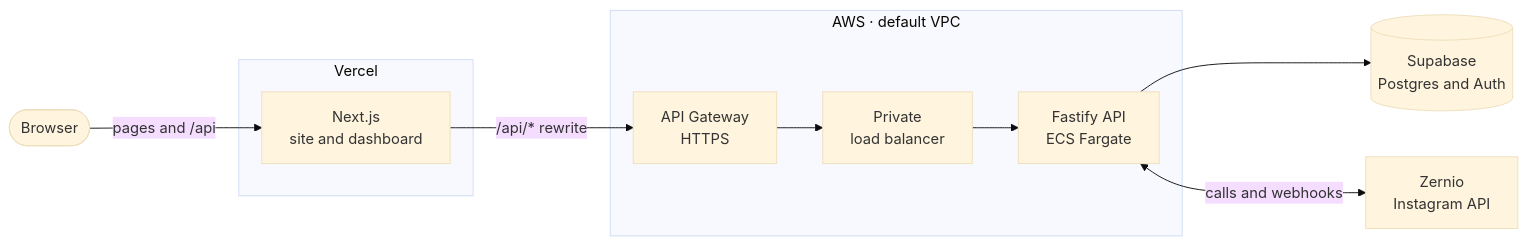
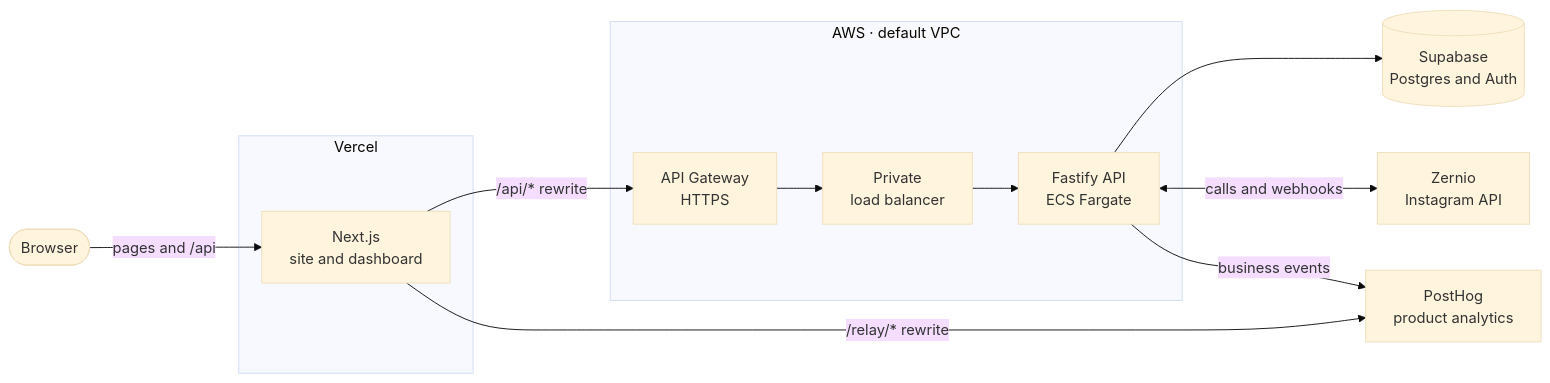
Before and after one commit to Thinking-Sound-Lab/aghost: the first of 2 diagrams in README.md, drawn with Mermaid (base theme). The commit also changed other lines of this file and 61 other files, not shown here.

First line of the commit message:
Record product analytics in PostHog (#12)

````diff
--- a/README.md
+++ b/README.md
@@ -31,17 +32,20 @@
 ```mermaid
 flowchart LR
   browser(["Browser"])
   subgraph vercel["Vercel"]
     web["Next.js<br/>site and dashboard"]
   end
   subgraph aws["AWS · default VPC"]
     gateway["API Gateway<br/>HTTPS"] --> alb["Private<br/>load balancer"] --> api["Fastify API<br/>ECS Fargate"]
   end
   supabase[("Supabase<br/>Postgres and Auth")]
   zernio["Zernio<br/>Instagram API"]
+  posthog["PostHog<br/>product analytics"]
 
   browser -->|"pages and /api"| web
   web -->|"/api/* rewrite"| gateway
+  web -->|"/relay/* rewrite"| posthog
   api --> supabase
   api <-->|"calls and webhooks"| zernio
+  api -->|"business events"| posthog
 ```
````
